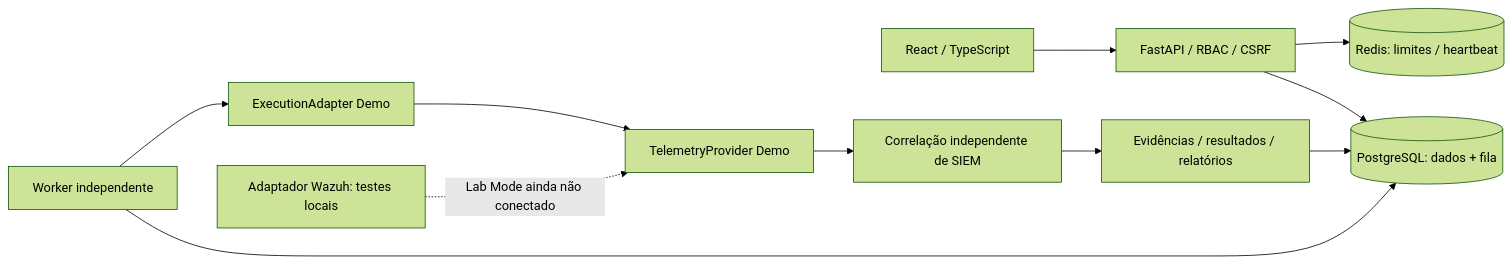
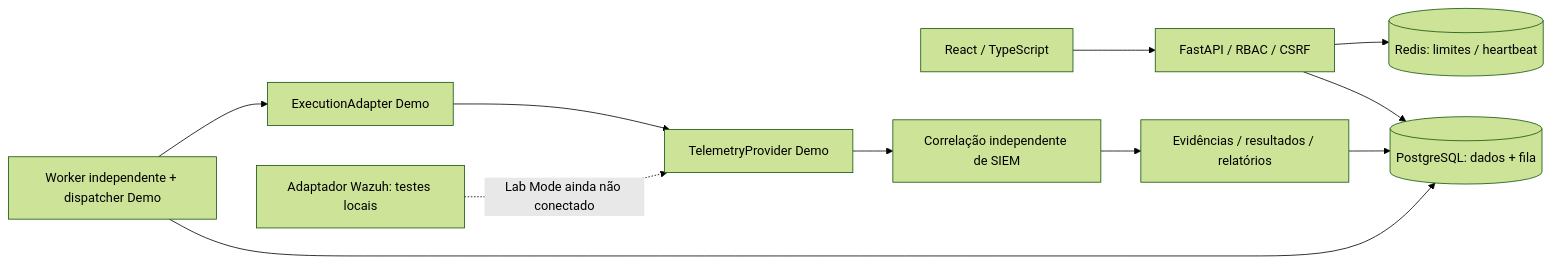
One commit to Buraddomoon/AEGIS changed the diagram in README.md. Above: the diagram before and after it, drawn with Mermaid (forest theme). The commit also changed other lines of this file and 7 other files, not shown here.

````diff
--- a/README.md
+++ b/README.md
@@ -67,13 +72,13 @@
 ```mermaid
 flowchart LR
   Browser[React / TypeScript] --> API[FastAPI / RBAC / CSRF]
   API --> DB[(PostgreSQL: dados + fila)]
   API --> Redis[(Redis: limites / heartbeat)]
-  Worker[Worker independente] --> DB
+  Worker[Worker independente + dispatcher Demo] --> DB
   Worker --> Demo[ExecutionAdapter Demo]
   Demo --> Telemetry[TelemetryProvider Demo]
   Telemetry --> Validate[Correlação independente de SIEM]
   Validate --> Evidence[Evidências / resultados / relatórios]
   Evidence --> DB
   Wazuh[Adaptador Wazuh: testes locais] -. Lab Mode ainda não conectado .-> Telemetry
 ```
````
